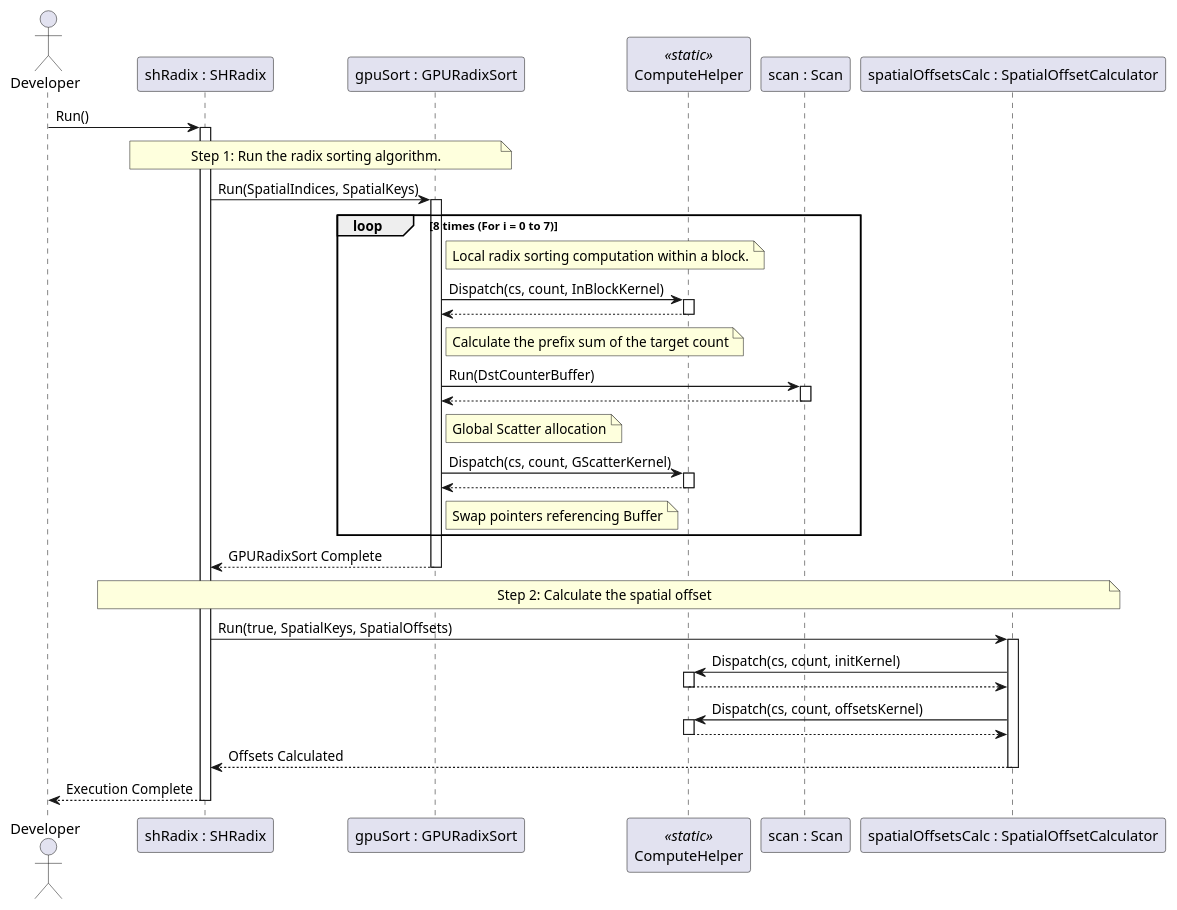
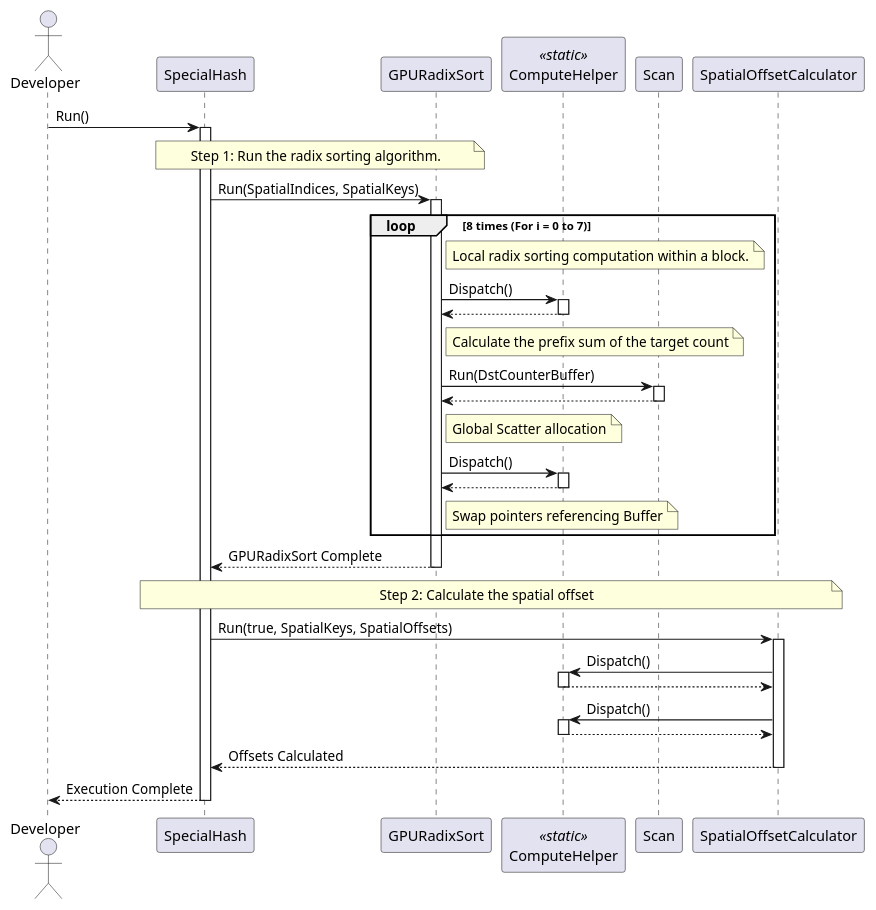
Before and after one commit to Ekubooo/SIM_Lab: the diagram in Assets/Doc/UML_Graph/Sequence_diagram3.puml, drawn with PlantUML. The commit also changed 11 other files, not shown here.

```diff
--- a/Assets/Doc/UML_Graph/Sequence_diagram3.puml
+++ b/Assets/Doc/UML_Graph/Sequence_diagram3.puml
@@ -1,60 +1,60 @@
 @startuml Sequence3
 actor Developer
-participant "shRadix : SHRadix" as SH
-participant "gpuSort : GPURadixSort" as Sort
+participant "SpecialHash" as SH
+participant "GPURadixSort" as Sort
 participant "ComputeHelper" as CH <<static>>
-participant "scan : Scan" as Scan
-participant "spatialOffsetsCalc : SpatialOffsetCalculator" as SOC
+participant "Scan" as Scan
+participant "SpatialOffsetCalculator" as SOC
 
 Developer -> SH : Run()
 activate SH
 
 note over SH, Sort : Step 1: Run the radix sorting algorithm.
 SH -> Sort : Run(SpatialIndices, SpatialKeys)
 activate Sort
 
 loop 8 times (For i = 0 to 7)
     note right of Sort : Local radix sorting computation within a block.
-    Sort -> CH : Dispatch(cs, count, InBlockKernel)
+    Sort -> CH : Dispatch()
     activate CH
     CH --> Sort
     deactivate CH
 
     note right of Sort : Calculate the prefix sum of the target count
     Sort -> Scan : Run(DstCounterBuffer)
     activate Scan
     Scan --> Sort
     deactivate Scan
 
     note right of Sort : Global Scatter allocation
-    Sort -> CH : Dispatch(cs, count, GScatterKernel)
+    Sort -> CH : Dispatch()
     activate CH
     CH --> Sort
     deactivate CH
     
     note right of Sort : Swap pointers referencing Buffer
 end
 
 Sort --> SH : GPURadixSort Complete
 deactivate Sort
 
 note over SH, SOC : Step 2: Calculate the spatial offset
 SH -> SOC : Run(true, SpatialKeys, SpatialOffsets)
 activate SOC
 
-SOC -> CH : Dispatch(cs, count, initKernel)
+SOC -> CH : Dispatch()
 activate CH
 CH --> SOC
 deactivate CH
 
-SOC -> CH : Dispatch(cs, count, offsetsKernel)
+SOC -> CH : Dispatch()
 activate CH
 CH --> SOC
 deactivate CH
 
 SOC --> SH : Offsets Calculated
 deactivate SOC
 
 SH --> Developer : Execution Complete
 deactivate SH
 @enduml
```
